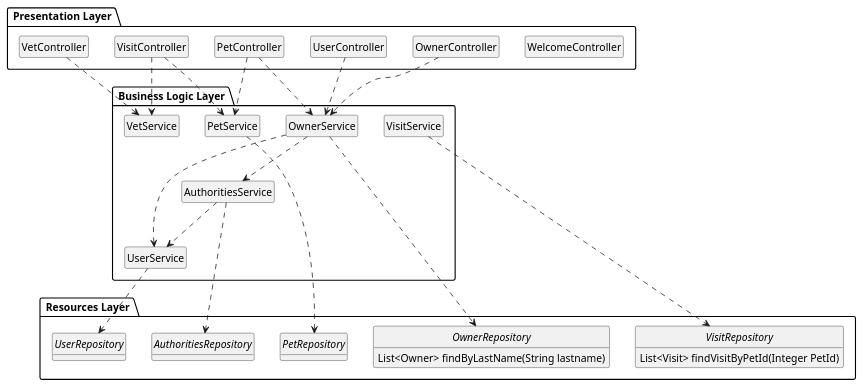
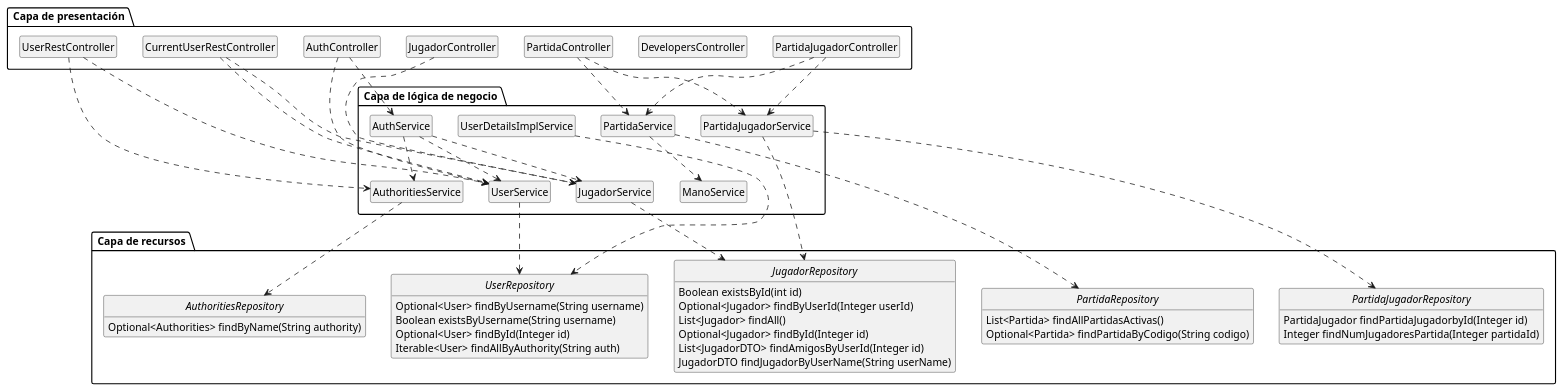
The diagram in docs/diagrams/LayersUMLPackageDiagram.iuml (Davidvt04/TrucoFront), drawn with PlantUML before and after one commit. The commit also changed other lines of this file, not shown here.

Commit message:
Diagrama de capas

```diff
--- a/docs/diagrams/LayersUMLPackageDiagram.iuml
+++ b/docs/diagrams/LayersUMLPackageDiagram.iuml
@@ -1,57 +1,84 @@
 @startuml
 
 hide circle
 
 
-package " Presentation Layer " as Presentation {
+package " Capa de presentación " as Presentation {
     hide members
-    class WelcomeController
-    class UserController
-    class OwnerController
-    class PetController
-    class VisitController
-    class VetController
+    class AuthController
+    class DevelopersController
+    class JugadorController
+    class PartidaController
+    class PartidaJugadorController
+    class UserRestController
+    class CurrentUserRestController
 }
 
-package " Business Logic Layer " as BusinessLogic {
+package " Capa de lógica de negocio " as BusinessLogic {
     hide members
+    class AuthService
+    class UserDetailsImplService
+    class ManoService
+    class JugadorService
+    class PartidaService
+    class PartidaJugadorService
     class AuthoritiesService
     class UserService
-    class OwnerService
-    class PetService
-    class VisitService
-    class VetService
 }
 
-package " Resources Layer " as Resources {
+package " Capa de recursos " as Resources {
     hide attributes
-    interface AuthoritiesRepository 
-    interface UserRepository 
-    interface PetRepository
-    interface VisitRepository {
-        List<Visit> findVisitByPetId(Integer PetId)
+    interface JugadorRepository {
+        Boolean existsById(int id)
+        Optional<Jugador> findByUserId(Integer userId)
+        List<Jugador> findAll()
+        Optional<Jugador> findById(Integer id)
+        List<JugadorDTO> findAmigosByUserId(Integer id)
+        JugadorDTO findJugadorByUserName(String userName)
     }
-    interface OwnerRepository {
-        List<Owner> findByLastName(String lastname)
+    interface PartidaRepository {
+        List<Partida> findAllPartidasActivas()
+        Optional<Partida> findPartidaByCodigo(String codigo)
+    }
+    interface PartidaJugadorRepository {
+        PartidaJugador findPartidaJugadorbyId(Integer id)
+        Integer findNumJugadoresPartida(Integer partidaId)
+    }
+    interface AuthoritiesRepository {
+        Optional<Authorities> findByName(String authority)
+    }
+    interface UserRepository {
+        Optional<User> findByUsername(String username)
+        Boolean existsByUsername(String username)
+        Optional<User> findById(Integer id)
+        Iterable<User> findAllByAuthority(String auth)
     }
 }
 
-UserController  ..> OwnerService
-OwnerController ..> OwnerService
-PetController ..> OwnerService
-PetController ..> PetService
-VisitController ..> PetService
-VisitController ..> VetService
-VetController ..> VetService
+AuthController ..> UserService
+AuthController ..> AuthService
+JugadorController ..> JugadorService
+PartidaController ..> PartidaService
+PartidaController ..> PartidaJugadorService
+PartidaJugadorController ..> PartidaJugadorService
+PartidaJugadorController ..> PartidaService
+CurrentUserRestController ..> UserService
+CurrentUserRestController ..> JugadorService
+UserRestController ..> UserService
+UserRestController ..> AuthoritiesService
 
-AuthoritiesService ..> UserService
-OwnerService ..> UserService
-OwnerService ..> AuthoritiesService
+AuthService ..> AuthoritiesService
+AuthService ..> UserService
+AuthService ..> JugadorService
+PartidaService ..> ManoService
 
-OwnerService ..> OwnerRepository
+UserDetailsImplService ..> UserRepository
+JugadorService ..> JugadorRepository
+PartidaService ..> PartidaRepository
+PartidaJugadorService ..> PartidaJugadorRepository
+PartidaJugadorService ..> JugadorRepository
+AuthoritiesService ..> AuthoritiesRepository
 UserService ..> UserRepository
-AuthoritiesService ..> AuthoritiesRepository
-PetService ..> PetRepository
-VisitService ..> VisitRepository
+
 
 @enduml
```
